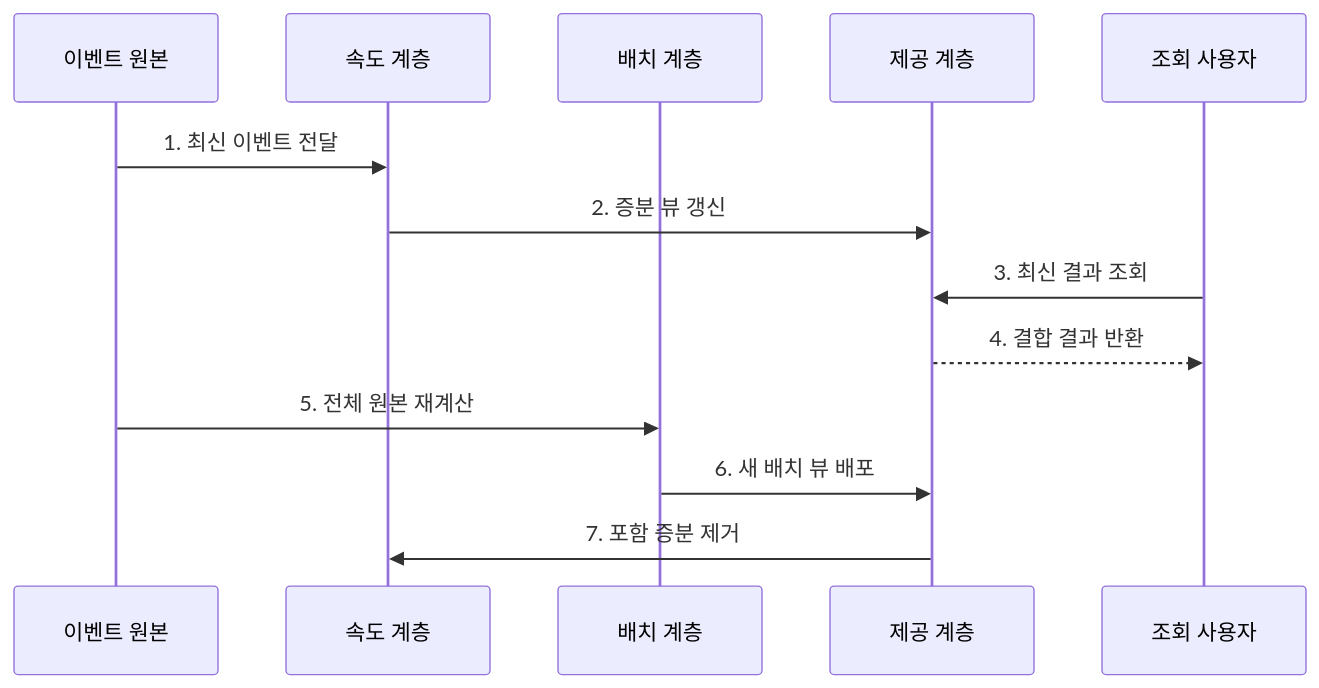
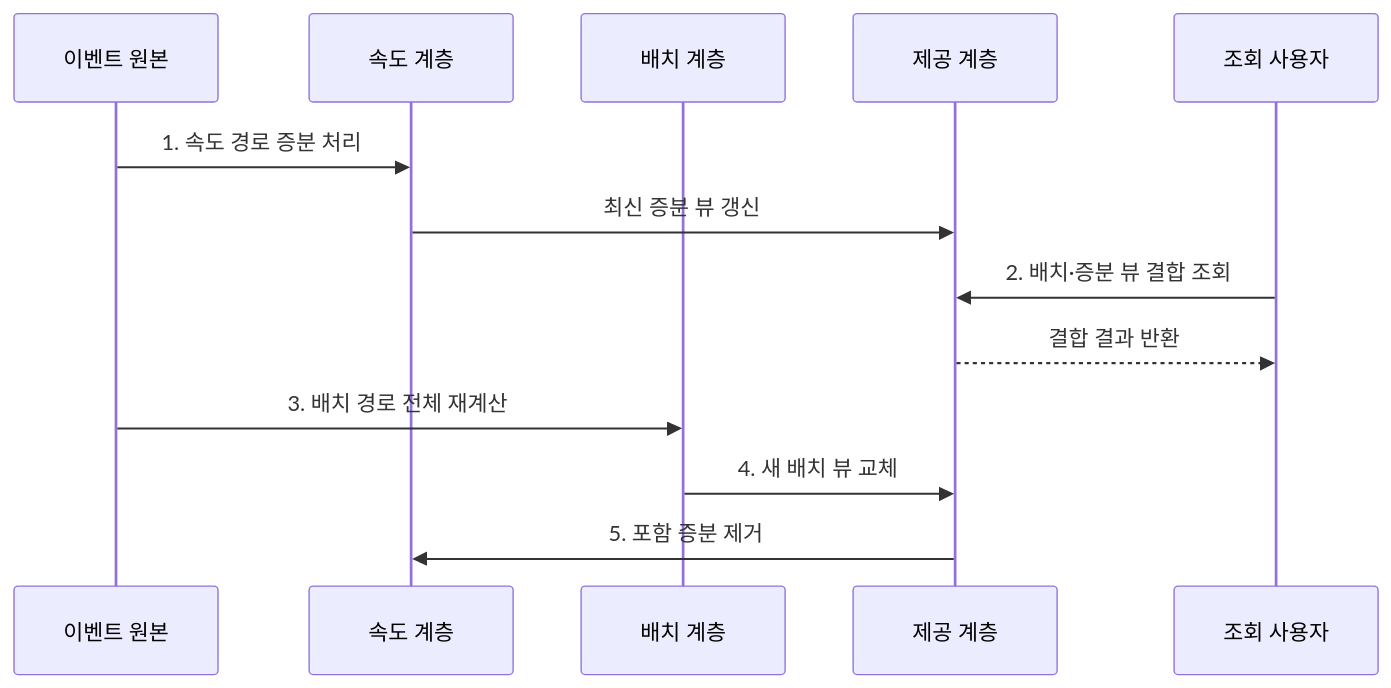
One commit to agnusdei1207/knowledge-base changed the second of 2 diagrams in src/content/docs/notes/03-software/118_lambda_architecture.md. Above: the diagram before and after it, drawn with Mermaid. The commit also changed other lines of this file and 238 other files, not shown here.

````diff
--- a/src/content/docs/notes/03-software/118_lambda_architecture.md
+++ b/src/content/docs/notes/03-software/118_lambda_architecture.md
@@ -78,15 +78,15 @@
 ```mermaid
 sequenceDiagram
     participant E as 이벤트 원본
     participant S as 속도 계층
     participant B as 배치 계층
     participant V as 제공 계층
     participant Q as 조회 사용자
-    E->>S: 1. 최신 이벤트 전달
-    S->>V: 2. 증분 뷰 갱신
-    Q->>V: 3. 최신 결과 조회
-    V-->>Q: 4. 결합 결과 반환
-    E->>B: 5. 전체 원본 재계산
-    B->>V: 6. 새 배치 뷰 배포
-    V->>S: 7. 포함 증분 제거
+    E->>S: 1. 속도 경로 증분 처리
+    S->>V: 최신 증분 뷰 갱신
+    Q->>V: 2. 배치·증분 뷰 결합 조회
+    V-->>Q: 결합 결과 반환
+    E->>B: 3. 배치 경로 전체 재계산
+    B->>V: 4. 새 배치 뷰 교체
+    V->>S: 5. 포함 증분 제거
 ```
````
